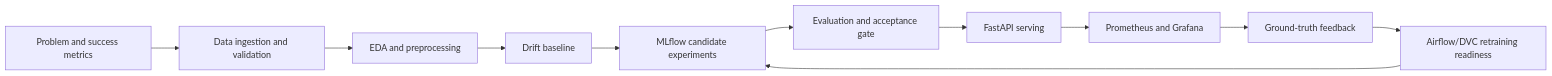
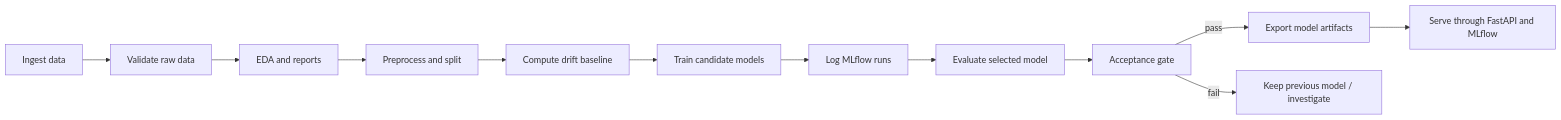
The fifth of 5 diagrams in docs/hld.md (AkshayAmbekar26/da5402-final-project), drawn with Mermaid before and after one commit. The commit also changed other lines of this file and 2 other files, not shown here.

````diff
--- a/docs/hld.md
+++ b/docs/hld.md
@@ -57,13 +183,14 @@
 ```mermaid
 flowchart LR
-  Business["Problem and success metrics"] --> Data["Data ingestion and validation"]
-  Data --> EDA["EDA and preprocessing"]
-  EDA --> Baseline["Drift baseline"]
-  Baseline --> Experiments["MLflow candidate experiments"]
-  Experiments --> Gate["Evaluation and acceptance gate"]
-  Gate --> Serve["FastAPI serving"]
-  Serve --> Monitor["Prometheus and Grafana"]
-  Monitor --> Feedback["Ground-truth feedback"]
-  Feedback --> Retrain["Airflow/DVC retraining readiness"]
-  Retrain --> Experiments
+  Ingest["Ingest data"] --> Validate["Validate raw data"]
+  Validate --> EDA["EDA and reports"]
+  EDA --> Prep["Preprocess and split"]
+  Prep --> Baseline["Compute drift baseline"]
+  Baseline --> Train["Train candidate models"]
+  Train --> Track["Log MLflow runs"]
+  Track --> Eval["Evaluate selected model"]
+  Eval --> Gate["Acceptance gate"]
+  Gate -->|pass| Export["Export model artifacts"]
+  Export --> Serve["Serve through FastAPI and MLflow"]
+  Gate -->|fail| Review["Keep previous model / investigate"]
 ```
````
